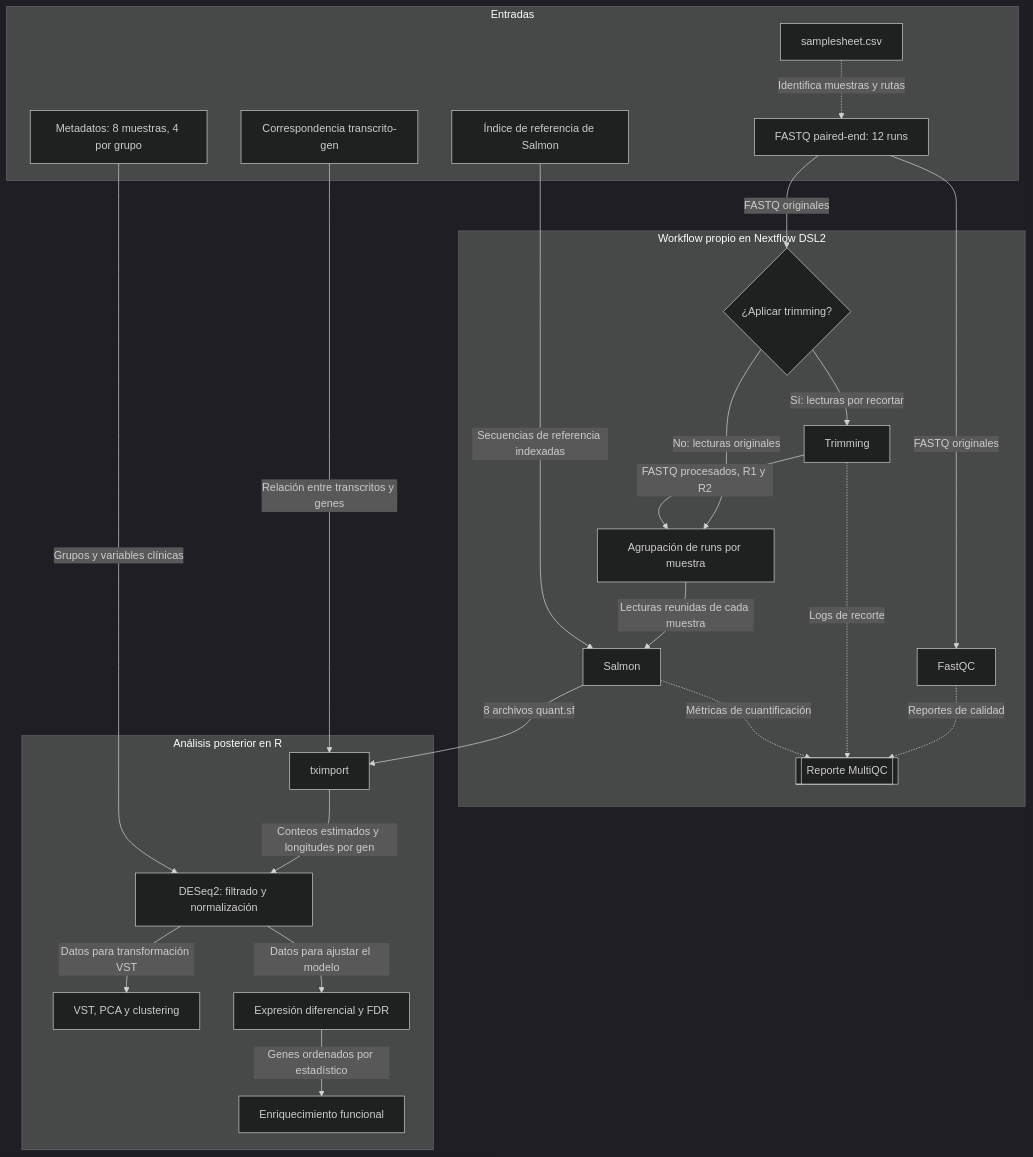
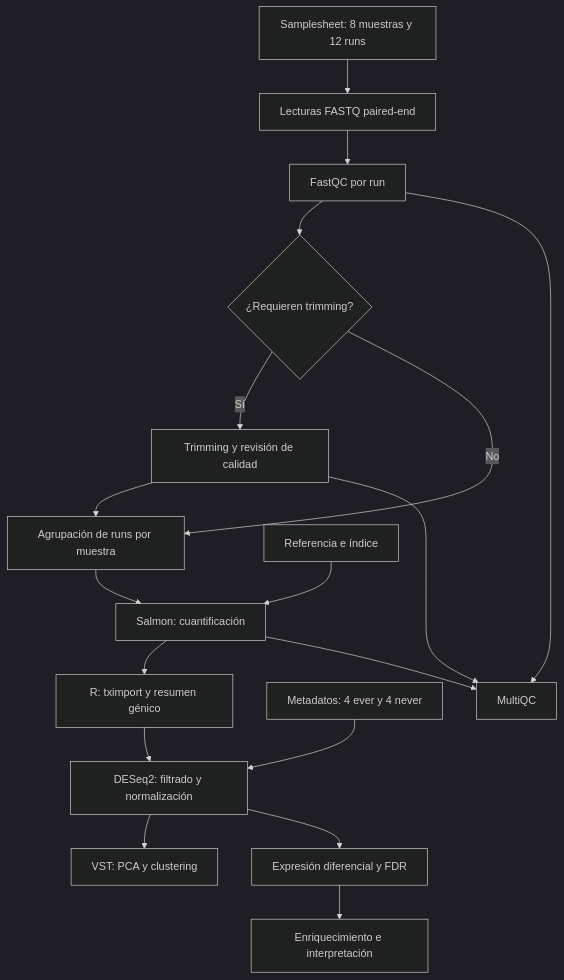
One commit to javcanelo/cancer_oral_tabaco changed the diagram in docs/workflow.md. Above: the diagram before and after it, drawn with Mermaid (dark theme). The commit also changed other lines of this file, not shown here.

Commit message:
actualiza diagrama del wf

````diff
--- a/docs/workflow.md
+++ b/docs/workflow.md
@@ -6,51 +6,20 @@
 ```mermaid
 flowchart TD
-    subgraph Entradas ["Entradas"]
-        A["samplesheet.csv"]
-        B["FASTQ paired-end: 12 runs"]
-        R["Índice de referencia de Salmon"]
-        T["Correspondencia transcrito-gen"]
-        M["Metadatos: 8 muestras, 4 por grupo"]
-    end
-
-    subgraph NF ["Workflow propio en Nextflow DSL2"]
-        C["FastQC"]
-        D{"¿Aplicar trimming?"}
-        E["Trimming"]
-        F["Agrupación de runs por muestra"]
-        G["Salmon"]
-        Q[["Reporte MultiQC"]]
-    end
-
-    subgraph Analisis ["Análisis posterior en R"]
-        H["tximport"]
-        I["DESeq2: filtrado y normalización"]
-        J["VST, PCA y clustering"]
-        K["Expresión diferencial y FDR"]
-        L["Enriquecimiento funcional"]
-    end
-
-    A -. "Identifica muestras y rutas" .-> B
-    B -- "FASTQ originales" --> C
-    B -- "FASTQ originales" --> D
-
-    D -- "Sí: lecturas por recortar" --> E
-    D -- "No: lecturas originales" --> F
-    E -- "FASTQ procesados, R1 y R2" --> F
-
-    F -- "Lecturas reunidas de cada muestra" --> G
-    R -- "Secuencias de referencia indexadas" --> G
-
-    C -. "Reportes de calidad" .-> Q
-    E -. "Logs de recorte" .-> Q
-    G -. "Métricas de cuantificación" .-> Q
-
-    G -- "8 archivos quant.sf" --> H
-    T -- "Relación entre transcritos y genes" --> H
-    H -- "Conteos estimados y longitudes por gen" --> I
-    M -- "Grupos y variables clínicas" --> I
-
-    I -- "Datos para transformación VST" --> J
-    I -- "Datos para ajustar el modelo" --> K
-    K -- "Genes ordenados por estadístico" --> L
+    A["Samplesheet: 8 muestras y 12 runs"] --> B["Lecturas FASTQ paired-end"]
+    B --> C["FastQC por run"]
+    C --> D{"¿Requieren trimming?"}
+    D -->|Sí| E["Trimming y revisión de calidad"]
+    D -->|No| F["Agrupación de runs por muestra"]
+    E --> F
+    F --> G["Salmon: cuantificación"]
+    R["Referencia e índice"] --> G
+    G --> H["R: tximport y resumen génico"]
+    M["Metadatos: 4 ever y 4 never"] --> I["DESeq2: filtrado y normalización"]
+    H --> I
+    I --> J["VST: PCA y clustering"]
+    I --> K["Expresión diferencial y FDR"]
+    K --> L["Enriquecimiento e interpretación"]
+    C --> Q["MultiQC"]
+    E --> Q
+    G --> Q
 ```
````
